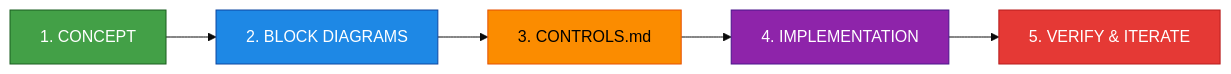
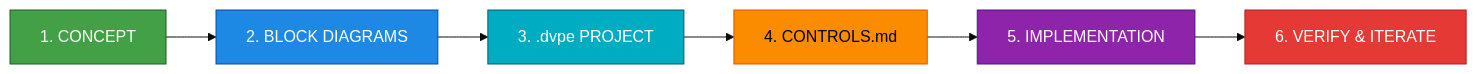
The diagram in DAISY_QAE/DAISY_DEVELOPMENT_STANDARDS.md (Denys/DaisyExamples), drawn with Mermaid (base theme) before and after one commit. The commit also changed other lines of this file and 97 other files, not shown here.

````diff
--- a/DAISY_QAE/DAISY_DEVELOPMENT_STANDARDS.md
+++ b/DAISY_QAE/DAISY_DEVELOPMENT_STANDARDS.md
@@ -11,13 +11,15 @@
 ```mermaid
 flowchart LR
     A["1. CONCEPT"] --> B["2. BLOCK DIAGRAMS"]
-    B --> C["3. CONTROLS.md"]
-    C --> D["4. IMPLEMENTATION"]
-    D --> E["5. VERIFY & ITERATE"]
+    B --> C["3. .dvpe PROJECT"]
+    C --> D["4. CONTROLS.md"]
+    D --> E["5. IMPLEMENTATION"]
+    E --> F["6. VERIFY & ITERATE"]
     
     style A fill:#43A047,stroke:#1B5E20,color:#fff
     style B fill:#1E88E5,stroke:#0D47A1,color:#fff
-    style C fill:#FB8C00,stroke:#E65100,color:#000
-    style D fill:#8E24AA,stroke:#4A148C,color:#fff
-    style E fill:#E53935,stroke:#B71C1C,color:#fff
+    style C fill:#00ACC1,stroke:#006064,color:#fff
+    style D fill:#FB8C00,stroke:#E65100,color:#000
+    style E fill:#8E24AA,stroke:#4A148C,color:#fff
+    style F fill:#E53935,stroke:#B71C1C,color:#fff
 ```
````
